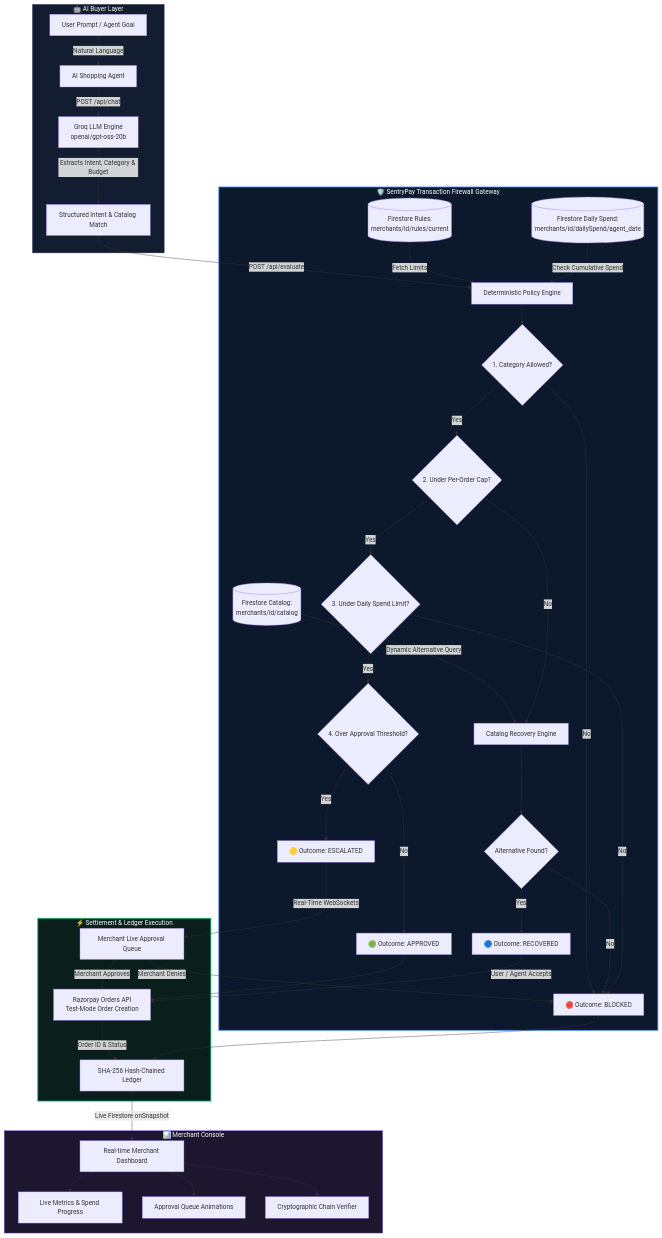
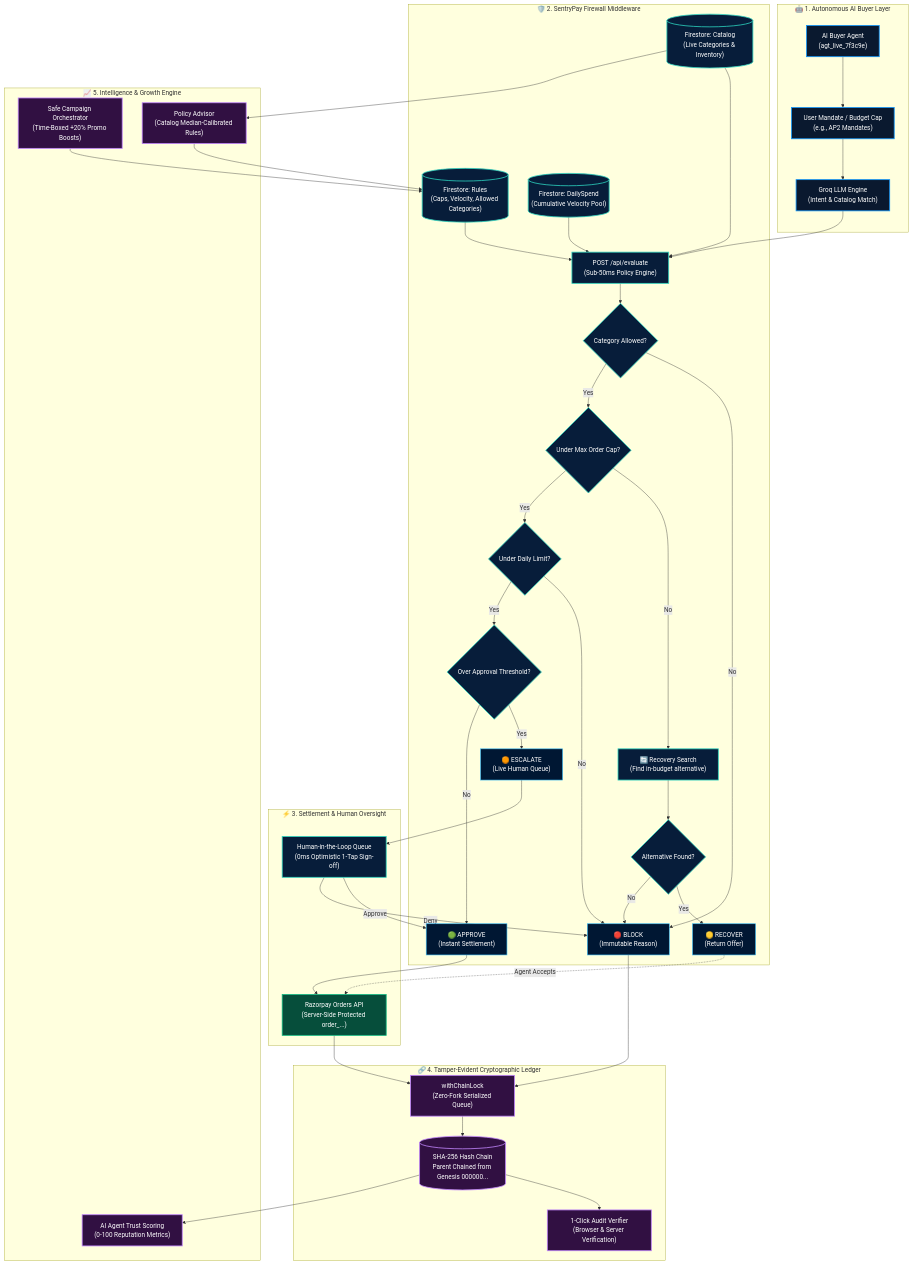
Before and after one commit to KISHORE0709-LEO/razorpay-agent-gateway: the diagram in README.md, drawn with Mermaid. The commit also changed other lines of this file and 1 other file, not shown here.

Commit message:
docs(readme): comprehensively update README with modern structured architecture diagram, all 8 core features, and developer section

````diff
--- a/README.md
+++ b/README.md
@@ -62,56 +66,81 @@
 ```mermaid
 flowchart TD
-    subgraph Buyer [" 🤖 AI Buyer Layer "]
-        User[User Prompt / Agent Goal] -->|Natural Language| Agent[AI Shopping Agent]
-        Agent -->|POST /api/chat| GroqLLM[Groq LLM Engine\nopenai/gpt-oss-20b]
-        GroqLLM -->|Extracts Intent, Category & Budget| ParsedIntent[Structured Intent & Catalog Match]
+    classDef agent fill:#0A192F,stroke:#0D94FB,stroke-width:2px,color:#fff;
+    classDef firewall fill:#071D3A,stroke:#2dd4bf,stroke-width:2px,color:#fff;
+    classDef outcome fill:#001733,stroke:#38bdf8,stroke-width:1.5px,color:#fff;
+    classDef payment fill:#064e3b,stroke:#10b981,stroke-width:2px,color:#fff;
+    classDef audit fill:#311042,stroke:#c084fc,stroke-width:2px,color:#fff;
+
+    subgraph ClientLayer [" 🤖 1. Autonomous AI Buyer Layer "]
+        Buyer["AI Buyer Agent\n(agt_live_7f3c9e)"]:::agent
+        Prompt["User Mandate / Budget Cap\n(e.g., AP2 Mandates)"]:::agent
+        Groq["Groq LLM Engine\n(Intent & Catalog Match)"]:::agent
+        Buyer --> Prompt --> Groq
     end
 
-    subgraph SentryPay [" 🛡️ SentryPay Transaction Firewall Gateway "]
-        ParsedIntent -->|POST /api/evaluate| FirewallEngine[Deterministic Policy Engine]
-        
-        RulesDB[(Firestore Rules:\nmerchants/id/rules/current)] -->|Fetch Limits| FirewallEngine
-        DailyDB[(Firestore Daily Spend:\nmerchants/id/dailySpend/agent_date)] -->|Check Cumulative Spend| FirewallEngine
-        CatalogDB[(Firestore Catalog:\nmerchants/id/catalog)] -->|Dynamic Alternative Query| RecoveryEngine[Catalog Recovery Engine]
+    subgraph GatewayLayer [" 🛡️ 2. SentryPay Firewall Middleware "]
+        Evaluate["POST /api/evaluate\n(Sub-50ms Policy Engine)"]:::firewall
+        PolicyRules[("Firestore: Rules\n(Caps, Velocity, Allowed Categories)")]:::firewall
+        LiveCatalog[("Firestore: Catalog\n(Live Categories & Inventory)")]:::firewall
+        DailySpend[("Firestore: DailySpend\n(Cumulative Velocity Pool)")]:::firewall
 
-        FirewallEngine --> Check1{1. Category Allowed?}
-        Check1 -- No --> BlockOut[🔴 Outcome: BLOCKED]
-        Check1 -- Yes --> Check2{2. Under Per-Order Cap?}
-        
-        Check2 -- No --> RecoveryEngine
-        RecoveryEngine --> FoundAlt{Alternative Found?}
-        FoundAlt -- Yes --> RecoverOut[🔵 Outcome: RECOVERED]
-        FoundAlt -- No --> BlockOut
+        Groq --> Evaluate
+        PolicyRules --> Evaluate
+        LiveCatalog --> Evaluate
+        DailySpend --> Evaluate
 
-        Check2 -- Yes --> Check3{3. Under Daily Spend Limit?}
-        Check3 -- No --> BlockOut
-        Check3 -- Yes --> Check4{4. Over Approval Threshold?}
+        CheckCat{"Category Allowed?"}:::firewall
+        CheckCap{"Under Max Order Cap?"}:::firewall
+        CheckDaily{"Under Daily Limit?"}:::firewall
+        CheckThreshold{"Over Approval Threshold?"}:::firewall
 
-        Check4 -- Yes --> EscalateOut[🟡 Outcome: ESCALATED]
-        Check4 -- No --> ApproveOut[🟢 Outcome: APPROVED]
+        Evaluate --> CheckCat
+        CheckCat -- "No" --> OutcomeBlock["🔴 BLOCK\n(Immutable Reason)"]:::outcome
+        CheckCat -- "Yes" --> CheckCap
+
+        CheckCap -- "No" --> RecoveryEngine["🔄 Recovery Search\n(Find in-budget alternative)"]:::firewall
+        RecoveryEngine --> AltFound{"Alternative Found?"}:::firewall
+        AltFound -- "Yes" --> OutcomeRecover["🟡 RECOVER\n(Return Offer)"]:::outcome
+        AltFound -- "No" --> OutcomeBlock
+
+        CheckCap -- "Yes" --> CheckDaily
+        CheckDaily -- "No" --> OutcomeBlock
+        CheckDaily -- "Yes" --> CheckThreshold
+
+        CheckThreshold -- "Yes" --> OutcomeEscalate["🟠 ESCALATE\n(Live Human Queue)"]:::outcome
+        CheckThreshold -- "No" --> OutcomeApprove["🟢 APPROVE\n(Instant Settlement)"]:::outcome
     end
 
-    subgraph Execution [" ⚡ Settlement & Ledger Execution "]
-        ApproveOut --> RazorpayAPI[Razorpay Orders API\nTest-Mode Order Creation]
-        RecoverOut -->|User / Agent Accepts| RazorpayAPI
-        
-        EscalateOut -->|Real-Time WebSockets| ApprovalQueue[Merchant Live Approval Queue]
-        ApprovalQueue -->|Merchant Approves| RazorpayAPI
-        ApprovalQueue -->|Merchant Denies| BlockOut
+    subgraph ExecutionLayer [" ⚡ 3. Settlement & Human Oversight "]
+        HumanQueue["Human-in-the-Loop Queue\n(0ms Optimistic 1-Tap Sign-off)"]:::firewall
+        OutcomeEscalate --> HumanQueue
+        HumanQueue -- "Approve" --> OutcomeApprove
+        HumanQueue -- "Deny" --> OutcomeBlock
 
-        RazorpayAPI -->|Order ID & Status| CryptoLedger[SHA-256 Hash-Chained Ledger]
-        BlockOut --> CryptoLedger
+        RazorpayAPI["Razorpay Orders API\n(Server-Side Protected order_...)"]:::payment
+        OutcomeApprove --> RazorpayAPI
+        OutcomeRecover -.->|"Agent Accepts"| RazorpayAPI
     end
 
-    subgraph Observability [" 📊 Merchant Console "]
-        CryptoLedger -->|Live Firestore onSnapshot| Dashboard[Real-time Merchant Dashboard]
-        Dashboard --> OverviewTab[Live Metrics & Spend Progress]
-        Dashboard --> QueueTab[Approval Queue Animations]
-        Dashboard --> AuditTab[Cryptographic Chain Verifier]
+    subgraph LedgerLayer [" 🔗 4. Tamper-Evident Cryptographic Ledger "]
+        AtomicLock["withChainLock\n(Zero-Fork Serialized Queue)"]:::audit
+        VerdictChain[("SHA-256 Hash Chain\nParent Chained from Genesis 000000...")]:::audit
+        VerifyEngine["1-Click Audit Verifier\n(Browser & Server Verification)"]:::audit
+
+        RazorpayAPI --> AtomicLock
+        OutcomeBlock --> AtomicLock
+        AtomicLock --> VerdictChain
+        VerdictChain --> VerifyEngine
     end
 
-    style SentryPay fill:#0c192c,stroke:#3b82f6,stroke-width:2px,color:#fff
-    style Buyer fill:#131d31,stroke:#64748b,stroke-width:1px,color:#fff
-    style Execution fill:#0a1e1b,stroke:#10b981,stroke-width:2px,color:#fff
-    style Observability fill:#1c162e,stroke:#8b5cf6,stroke-width:1px,color:#fff
+    subgraph ReputationLayer [" 📈 5. Intelligence & Growth Engine "]
+        TrustScore["AI Agent Trust Scoring\n(0-100 Reputation Metrics)"]:::audit
+        Campaigns["Safe Campaign Orchestrator\n(Time-Boxed +20% Promo Boosts)"]:::audit
+        Advisor["Policy Advisor\n(Catalog Median-Calibrated Rules)"]:::audit
+
+        VerdictChain --> TrustScore
+        LiveCatalog --> Advisor
+        Advisor --> PolicyRules
+        Campaigns --> PolicyRules
+    end
 ```
````
